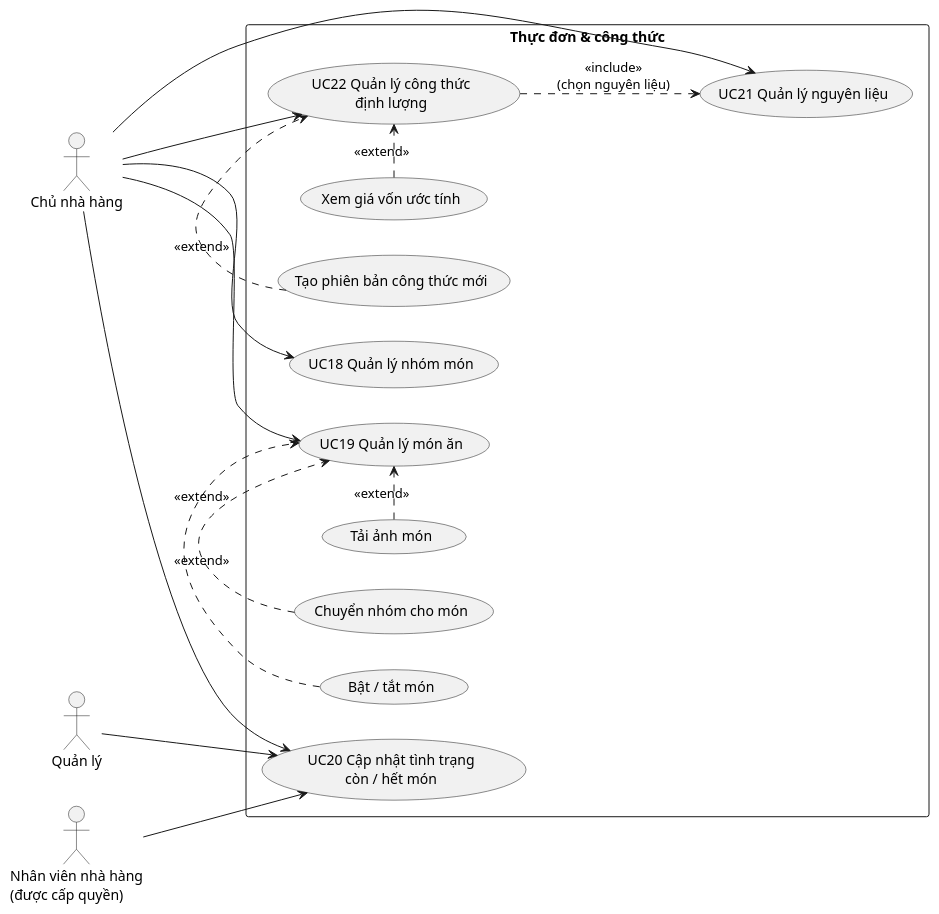
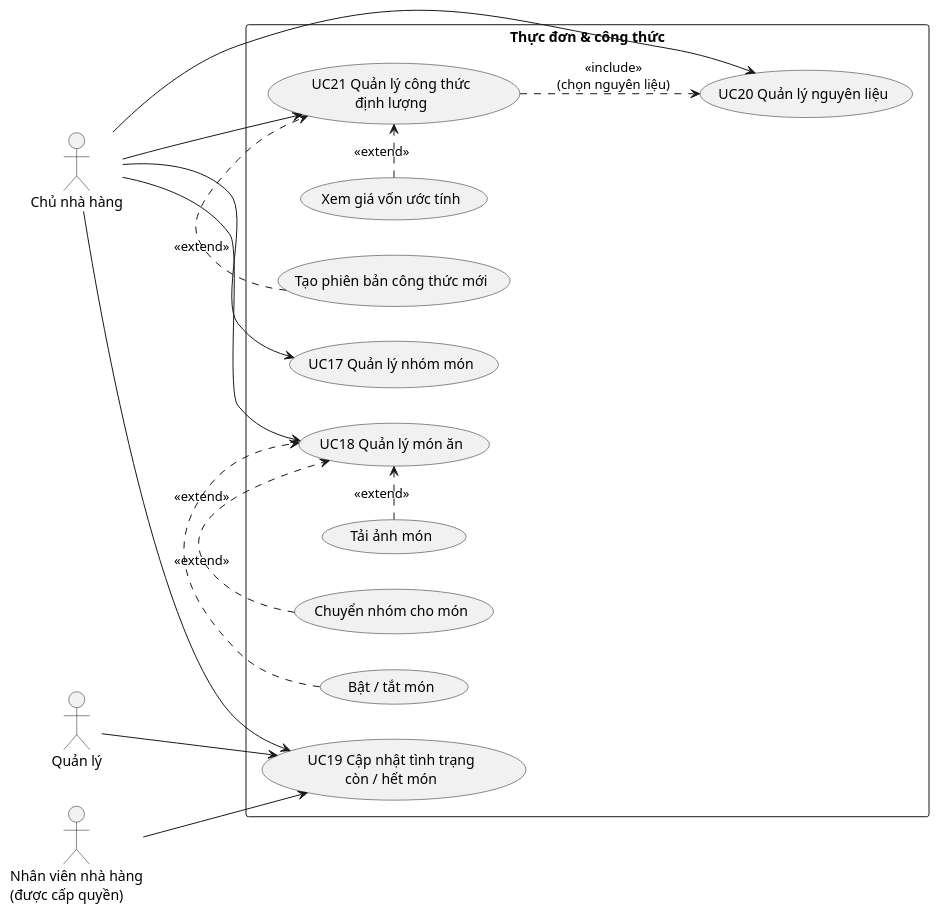
Before and after one commit to TruongHidu/XayPOS_be: the diagram in docs/usecase/04-thuc-don-cong-thuc.md, drawn with PlantUML. The commit also changed other lines of this file and 50 other files, not shown here.

Commit message:
25/11: Thêm bật tắt qr

````diff
--- a/docs/usecase/04-thuc-don-cong-thuc.md
+++ b/docs/usecase/04-thuc-don-cong-thuc.md
@@ -5,38 +5,38 @@
 ```plantuml
 @startuml UC04_ThucDon
 left to right direction
 skinparam packageStyle rectangle
 
 actor "Chủ nhà hàng" as Owner
 actor "Quản lý" as Manager
 actor "Nhân viên nhà hàng\n(được cấp quyền)" as Staff
 
 rectangle "Thực đơn & công thức" {
-  usecase "UC18 Quản lý nhóm món" as UC18
-  usecase "UC19 Quản lý món ăn" as UC19
-  usecase "Tải ảnh món" as UC19a
-  usecase "Chuyển nhóm cho món" as UC19b
-  usecase "Bật / tắt món" as UC19c
-  usecase "UC20 Cập nhật tình trạng\ncòn / hết món" as UC20
-  usecase "UC21 Quản lý nguyên liệu" as UC21
-  usecase "UC22 Quản lý công thức\nđịnh lượng" as UC22
-  usecase "Xem giá vốn ước tính" as UC22a
-  usecase "Tạo phiên bản công thức mới" as UC22b
+  usecase "UC17 Quản lý nhóm món" as UC17
+  usecase "UC18 Quản lý món ăn" as UC18
+  usecase "Tải ảnh món" as UC18a
+  usecase "Chuyển nhóm cho món" as UC18b
+  usecase "Bật / tắt món" as UC18c
+  usecase "UC19 Cập nhật tình trạng\ncòn / hết món" as UC19
+  usecase "UC20 Quản lý nguyên liệu" as UC20
+  usecase "UC21 Quản lý công thức\nđịnh lượng" as UC21
+  usecase "Xem giá vốn ước tính" as UC21a
+  usecase "Tạo phiên bản công thức mới" as UC21b
 }
 
+Owner --> UC17
 Owner --> UC18
 Owner --> UC19
 Owner --> UC20
 Owner --> UC21
-Owner --> UC22
-Staff --> UC20
-Manager --> UC20
+Staff --> UC19
+Manager --> UC19
 
-UC19a .> UC19 : <<extend>>
-UC19b .> UC19 : <<extend>>
-UC19c .> UC19 : <<extend>>
-UC22a .> UC22 : <<extend>>
-UC22b .> UC22 : <<extend>>
-UC22 ..> UC21 : <<include>>\n(chọn nguyên liệu)
+UC18a .> UC18 : <<extend>>
+UC18b .> UC18 : <<extend>>
+UC18c .> UC18 : <<extend>>
+UC21a .> UC21 : <<extend>>
+UC21b .> UC21 : <<extend>>
+UC21 ..> UC20 : <<include>>\n(chọn nguyên liệu)
 @enduml
 ```
````
